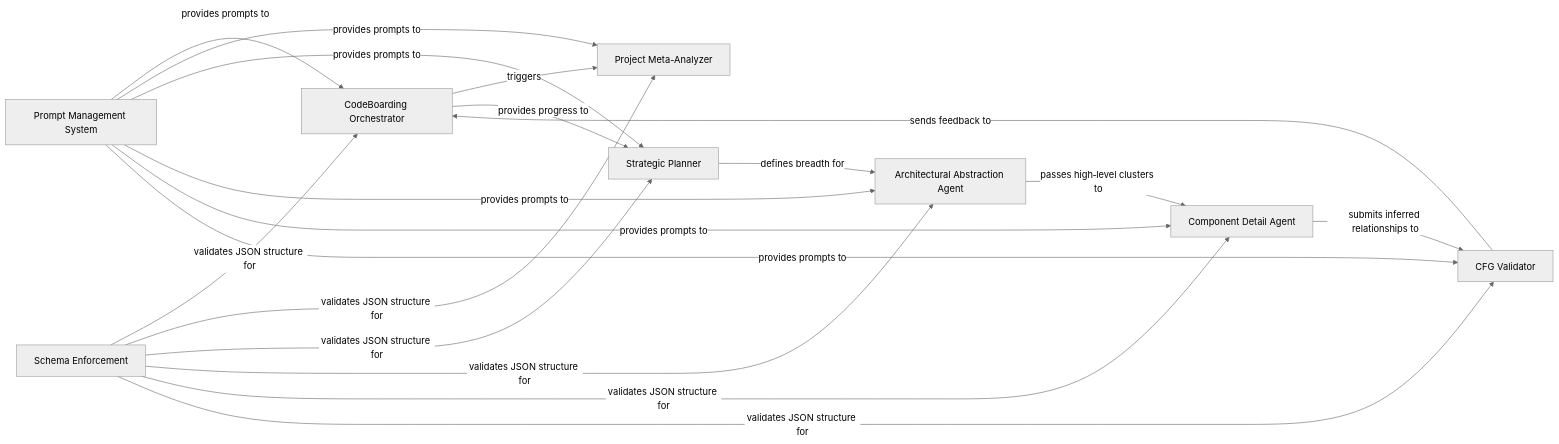
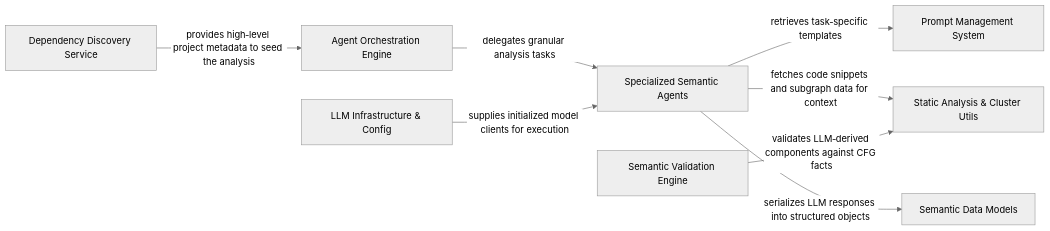
Before and after one commit to CodeBoarding/CodeBoarding: the diagram in .codeboarding/LLM_Agent_Core.md, drawn with Mermaid (neutral theme). The commit also changed other lines of this file and 5 other files, not shown here.

````diff
--- a/.codeboarding/LLM_Agent_Core.md
+++ b/.codeboarding/LLM_Agent_Core.md
@@ -1,29 +1,18 @@
 ```mermaid
 graph LR
-    CodeBoarding_Orchestrator["CodeBoarding Orchestrator"]
+    Agent_Orchestration_Engine["Agent Orchestration Engine"]
+    Specialized_Semantic_Agents["Specialized Semantic Agents"]
     Prompt_Management_System["Prompt Management System"]
-    Project_Meta_Analyzer["Project Meta-Analyzer"]
-    Strategic_Planner["Strategic Planner"]
-    Architectural_Abstraction_Agent["Architectural Abstraction Agent"]
-    Component_Detail_Agent["Component Detail Agent"]
-    CFG_Validator["CFG Validator"]
-    Schema_Enforcement["Schema Enforcement"]
-    CodeBoarding_Orchestrator -- "triggers" --> Project_Meta_Analyzer
-    CodeBoarding_Orchestrator -- "provides progress to" --> Strategic_Planner
-    Architectural_Abstraction_Agent -- "passes high‑level clusters to" --> Component_Detail_Agent
-    Component_Detail_Agent -- "submits inferred relationships to" --> CFG_Validator
-    CFG_Validator -- "sends feedback to" --> CodeBoarding_Orchestrator
-    Prompt_Management_System -- "provides prompts to" --> CodeBoarding_Orchestrator
-    Prompt_Management_System -- "provides prompts to" --> Project_Meta_Analyzer
-    Prompt_Management_System -- "provides prompts to" --> Strategic_Planner
-    Prompt_Management_System -- "provides prompts to" --> Architectural_Abstraction_Agent
-    Prompt_Management_System -- "provides prompts to" --> Component_Detail_Agent
-    Prompt_Management_System -- "provides prompts to" --> CFG_Validator
-    Schema_Enforcement -- "validates JSON structure for" --> CodeBoarding_Orchestrator
-    Schema_Enforcement -- "validates JSON structure for" --> Project_Meta_Analyzer
-    Schema_Enforcement -- "validates JSON structure for" --> Strategic_Planner
-    Schema_Enforcement -- "validates JSON structure for" --> Architectural_Abstraction_Agent
-    Schema_Enforcement -- "validates JSON structure for" --> Component_Detail_Agent
-    Schema_Enforcement -- "validates JSON structure for" --> CFG_Validator
-    Strategic_Planner -- "defines breadth for" --> Architectural_Abstraction_Agent
+    Semantic_Validation_Engine["Semantic Validation Engine"]
+    LLM_Infrastructure_Config["LLM Infrastructure & Config"]
+    Static_Analysis_Cluster_Utils["Static Analysis & Cluster Utils"]
+    Semantic_Data_Models["Semantic Data Models"]
+    Dependency_Discovery_Service["Dependency Discovery Service"]
+    Agent_Orchestration_Engine -- "delegates granular analysis tasks" --> Specialized_Semantic_Agents
+    Specialized_Semantic_Agents -- "retrieves task‑specific templates" --> Prompt_Management_System
+    Specialized_Semantic_Agents -- "fetches code snippets and subgraph data for context" --> Static_Analysis_Cluster_Utils
+    Semantic_Validation_Engine -- "validates LLM‑derived components against CFG facts" --> Static_Analysis_Cluster_Utils
+    LLM_Infrastructure_Config -- "supplies initialized model clients for execution" --> Specialized_Semantic_Agents
+    Specialized_Semantic_Agents -- "serializes LLM responses into structured objects" --> Semantic_Data_Models
+    Dependency_Discovery_Service -- "provides high‑level project metadata to seed the analysis" --> Agent_Orchestration_Engine
 ```
````
